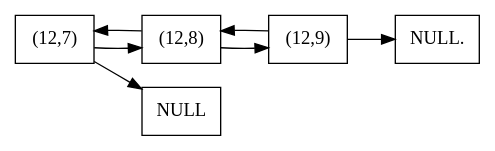
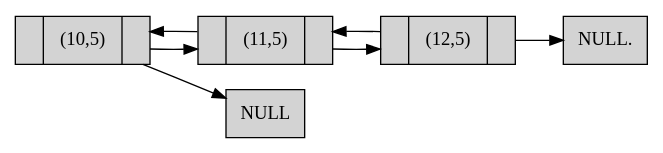
One commit to SelvinLP/EDD_1S2019_P1_201701133 changed the diagram in EDD_201701133_Ser0.dot. Above: the diagram before and after it, drawn with Graphviz. The commit also changed 14 other files, not shown here.

```diff
--- a/EDD_201701133_Ser0.dot
+++ b/EDD_201701133_Ser0.dot
@@ -1,2 +1,10 @@
-digraph List { rankdir=LR "NULL" [shape=box] "NULL." [shape=box]  "(12,9)" [shape=box]  "(12,8)" [shape=box]  "(12,7)" [shape=box]   "(12,9)" ->  "(12,8)" ->  "(12,7)" -> "NULL"
- "(12,7)" ->  "(12,8)" ->  "(12,9)" -> "NULL."}
+digraph List { rankdir=LR 
+ size="9,9"
+node[shape=record,style=filled] 
+"NULL" [shape=box] 
+"NULL." [shape=box] 
+ "(12,5)"[label ="{|(12,5)|}"]
+ "(11,5)"[label ="{|(11,5)|}"]
+ "(10,5)"[label ="{|(10,5)|}"]
+  "(12,5)" ->  "(11,5)" ->  "(10,5)" -> "NULL"
+ "(10,5)" ->  "(11,5)" ->  "(12,5)" -> "NULL."}
```
